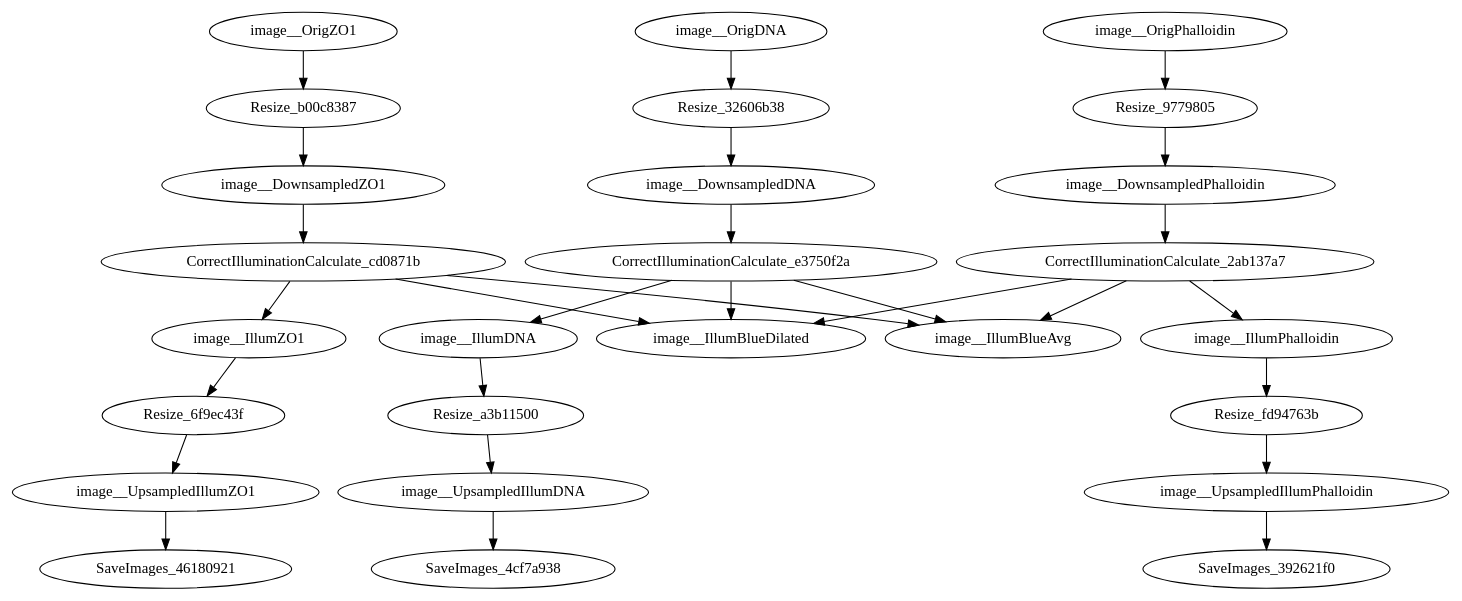
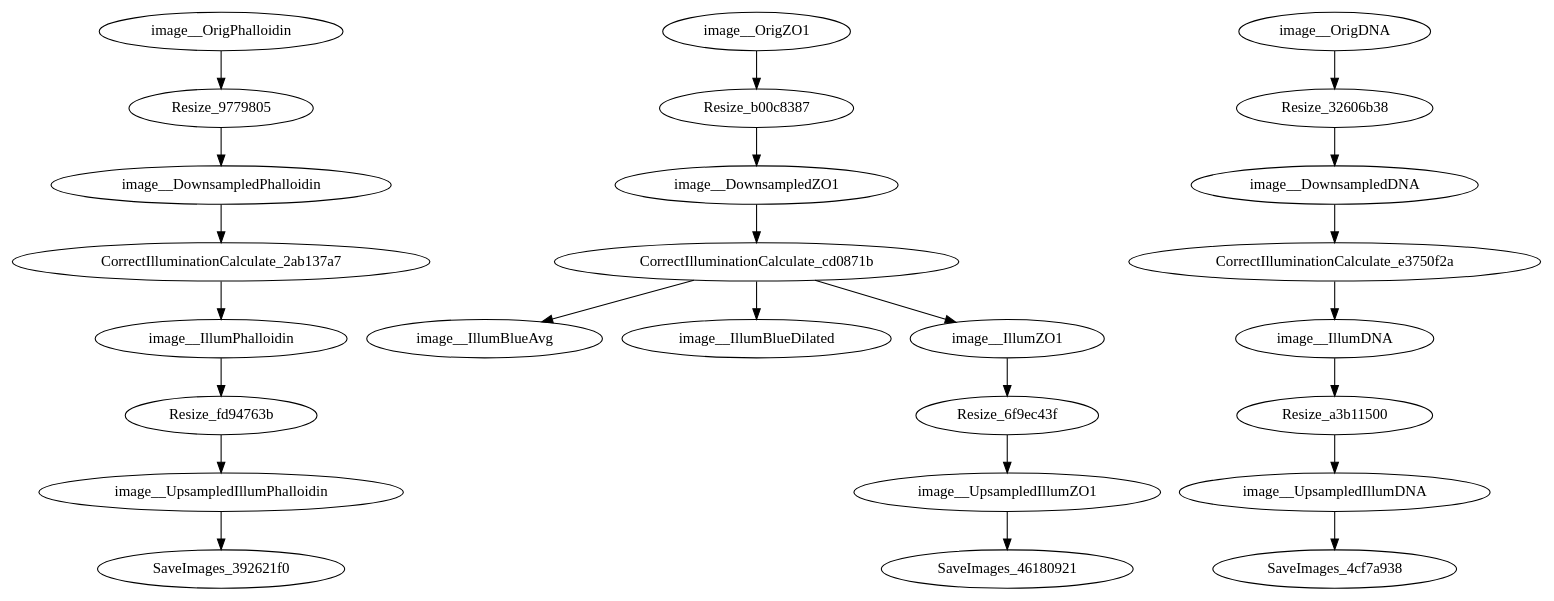
One commit to shntnu/cp_graph changed the diagram in examples/output/illum_ultra.dot. Above: the diagram before and after it, drawn with Graphviz. The commit also changed 12 other files, not shown here.

```diff
--- a/examples/output/illum_ultra.dot
+++ b/examples/output/illum_ultra.dot
@@ -1,55 +1,51 @@
 strict digraph {
 CorrectIlluminationCalculate_2ab137a7 [type=module];
 CorrectIlluminationCalculate_cd0871b [type=module];
 CorrectIlluminationCalculate_e3750f2a [type=module];
 Resize_32606b38 [type=module];
 Resize_6f9ec43f [type=module];
 Resize_9779805 [type=module];
 Resize_a3b11500 [type=module];
 Resize_b00c8387 [type=module];
 Resize_fd94763b [type=module];
 SaveImages_392621f0 [type=module];
 SaveImages_46180921 [type=module];
 SaveImages_4cf7a938 [type=module];
 image__DownsampledDNA [type=image];
 image__DownsampledPhalloidin [type=image];
 image__DownsampledZO1 [type=image];
 image__IllumBlueAvg [type=image];
 image__IllumBlueDilated [type=image];
 image__IllumDNA [type=image];
 image__IllumPhalloidin [type=image];
 image__IllumZO1 [type=image];
 image__OrigDNA [type=image];
 image__OrigPhalloidin [type=image];
 image__OrigZO1 [type=image];
 image__UpsampledIllumDNA [type=image];
 image__UpsampledIllumPhalloidin [type=image];
 image__UpsampledIllumZO1 [type=image];
-CorrectIlluminationCalculate_2ab137a7 -> image__IllumBlueAvg;
-CorrectIlluminationCalculate_2ab137a7 -> image__IllumBlueDilated;
 CorrectIlluminationCalculate_2ab137a7 -> image__IllumPhalloidin;
 CorrectIlluminationCalculate_cd0871b -> image__IllumBlueAvg;
 CorrectIlluminationCalculate_cd0871b -> image__IllumBlueDilated;
 CorrectIlluminationCalculate_cd0871b -> image__IllumZO1;
-CorrectIlluminationCalculate_e3750f2a -> image__IllumBlueAvg;
-CorrectIlluminationCalculate_e3750f2a -> image__IllumBlueDilated;
 CorrectIlluminationCalculate_e3750f2a -> image__IllumDNA;
 Resize_32606b38 -> image__DownsampledDNA;
 Resize_6f9ec43f -> image__UpsampledIllumZO1;
 Resize_9779805 -> image__DownsampledPhalloidin;
 Resize_a3b11500 -> image__UpsampledIllumDNA;
 Resize_b00c8387 -> image__DownsampledZO1;
 Resize_fd94763b -> image__UpsampledIllumPhalloidin;
 image__DownsampledDNA -> CorrectIlluminationCalculate_e3750f2a;
 image__DownsampledPhalloidin -> CorrectIlluminationCalculate_2ab137a7;
 image__DownsampledZO1 -> CorrectIlluminationCalculate_cd0871b;
 image__IllumDNA -> Resize_a3b11500;
 image__IllumPhalloidin -> Resize_fd94763b;
 image__IllumZO1 -> Resize_6f9ec43f;
 image__OrigDNA -> Resize_32606b38;
 image__OrigPhalloidin -> Resize_9779805;
 image__OrigZO1 -> Resize_b00c8387;
 image__UpsampledIllumDNA -> SaveImages_4cf7a938;
 image__UpsampledIllumPhalloidin -> SaveImages_392621f0;
 image__UpsampledIllumZO1 -> SaveImages_46180921;
 }
```
